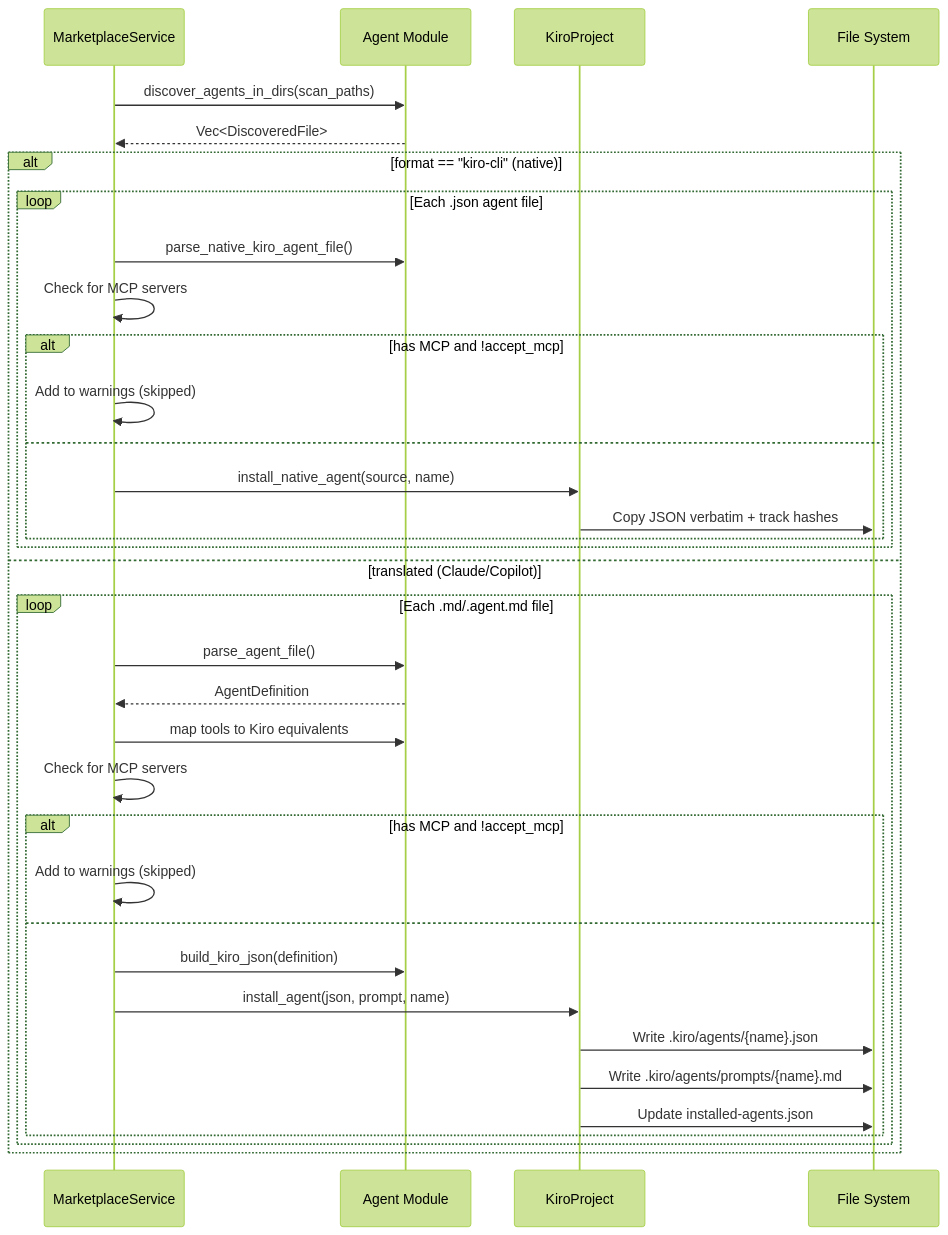
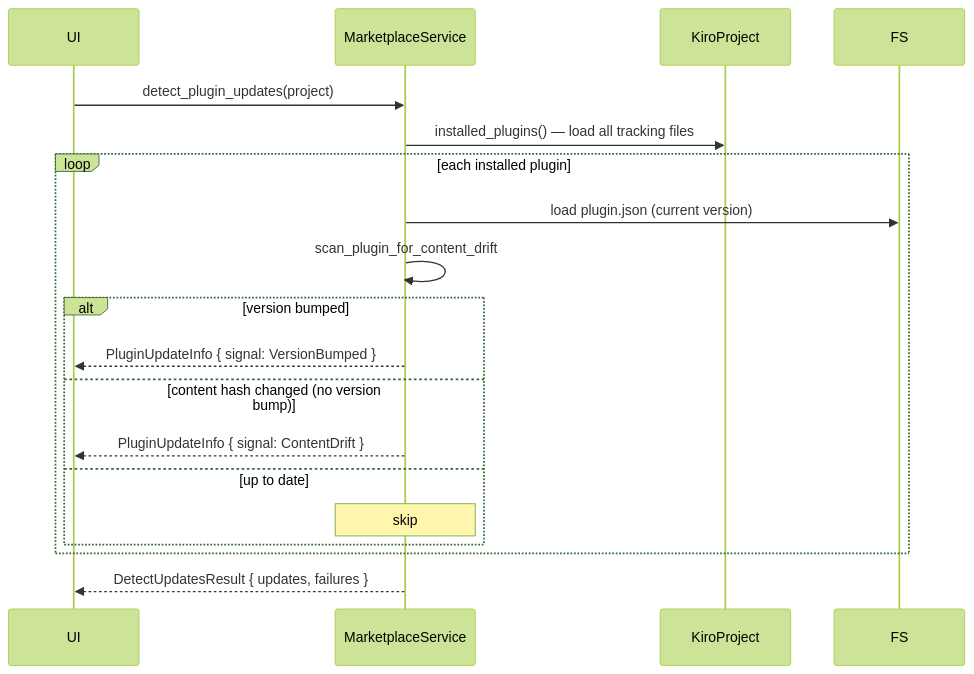
One commit to dwalleck/kiro-control-center changed the fifth of 8 diagrams in .agents/summary/workflows.md. Above: the diagram before and after it, drawn with Mermaid (forest theme). The commit also changed other lines of this file and 10 other files, not shown here.

````diff
--- a/.agents/summary/workflows.md
+++ b/.agents/summary/workflows.md
@@ -87,39 +131,22 @@
 ```mermaid
 sequenceDiagram
+    participant UI
     participant Service as MarketplaceService
-    participant Agent as Agent Module
     participant Project as KiroProject
-    participant FS as File System
+    participant FS
 
-    Service->>Agent: discover_agents_in_dirs(scan_paths)
-    Agent-->>Service: Vec<DiscoveredFile>
-
-    alt format == "kiro-cli" (native)
-        loop Each .json agent file
-            Service->>Agent: parse_native_kiro_agent_file()
-            Service->>Service: Check for MCP servers
-            alt has MCP and !accept_mcp
-                Service->>Service: Add to warnings (skipped)
-            else
-                Service->>Project: install_native_agent(source, name)
-                Project->>FS: Copy JSON verbatim + track hashes
-            end
-        end
-    else translated (Claude/Copilot)
-        loop Each .md/.agent.md file
-            Service->>Agent: parse_agent_file()
-            Agent-->>Service: AgentDefinition
-            Service->>Agent: map tools to Kiro equivalents
-            Service->>Service: Check for MCP servers
-            alt has MCP and !accept_mcp
-                Service->>Service: Add to warnings (skipped)
-            else
-                Service->>Agent: build_kiro_json(definition)
-                Service->>Project: install_agent(json, prompt, name)
-                Project->>FS: Write .kiro/agents/{name}.json
-                Project->>FS: Write .kiro/agents/prompts/{name}.md
-                Project->>FS: Update installed-agents.json
-            end
+    UI->>Service: detect_plugin_updates(project)
+    Service->>Project: installed_plugins() — load all tracking files
+    loop each installed plugin
+        Service->>FS: load plugin.json (current version)
+        Service->>Service: scan_plugin_for_content_drift
+        alt version bumped
+            Service-->>UI: PluginUpdateInfo { signal: VersionBumped }
+        else content hash changed (no version bump)
+            Service-->>UI: PluginUpdateInfo { signal: ContentDrift }
+        else up to date
+            Note over Service: skip
         end
     end
+    Service-->>UI: DetectUpdatesResult { updates, failures }
 ```
````
